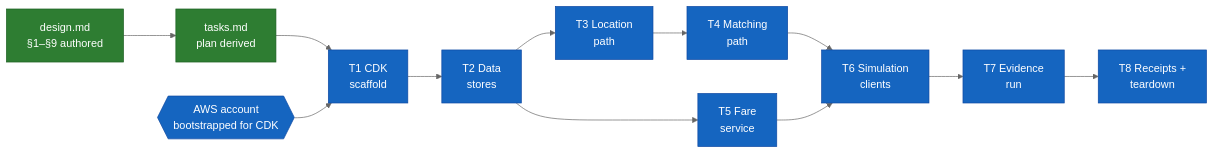
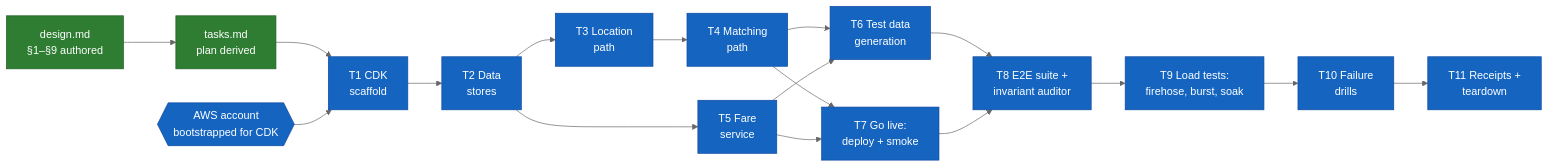
The diagram in uber-like-rides/ledger.md (quannh0308/SystemDesignDeepDives), drawn with Mermaid (neutral theme) before and after one commit. The commit also changed other lines of this file and 1 other file, not shown here.

Commit message:
Restructure tasks for testability: data gen, go-live, e2e, load tests
Plan grows 8 to 11 groups: reproducible test-data generation (seeded
city/fleet/demand fixtures), an explicit go-live gate (deploy + smoke +
observability), an automated e2e suite whose every spec ends with a
consistency-invariant audit, load tests with measured targets (location
firehose ramp, hotspot burst vs the 60s budget, 30-min soak), and
failure drills that prove the design's failure-analysis claims. Header
maps each NFR to its verifying test task.

````diff
--- a/uber-like-rides/ledger.md
+++ b/uber-like-rides/ledger.md
@@ -8,30 +8,37 @@
 ```mermaid
 flowchart LR
     DESIGN[design.md<br/>§1–§9 authored]
     PLAN[tasks.md<br/>plan derived]
     T1[T1 CDK<br/>scaffold]
     T2[T2 Data<br/>stores]
     T3[T3 Location<br/>path]
     T4[T4 Matching<br/>path]
     T5[T5 Fare<br/>service]
-    T6[T6 Simulation<br/>clients]
-    T7[T7 Evidence<br/>run]
-    T8[T8 Receipts +<br/>teardown]
+    T6[T6 Test data<br/>generation]
+    T7[T7 Go live:<br/>deploy + smoke]
+    T8[T8 E2E suite +<br/>invariant auditor]
+    T9[T9 Load tests:<br/>firehose, burst, soak]
+    T10[T10 Failure<br/>drills]
+    T11[T11 Receipts +<br/>teardown]
     AWS{{AWS account<br/>bootstrapped for CDK}}
 
     DESIGN --> PLAN --> T1
     AWS --> T1
     T1 --> T2
     T2 --> T3
     T2 --> T5
     T3 --> T4
     T4 --> T6
     T5 --> T6
-    T6 --> T7 --> T8
+    T4 --> T7
+    T5 --> T7
+    T6 --> T8
+    T7 --> T8
+    T8 --> T9 --> T10 --> T11
 
     classDef done fill:#2e7d32,color:#fff,stroke:#1b5e20
     classDef active fill:#ff8f00,color:#fff,stroke:#e65100
     classDef pending fill:#1565c0,color:#fff,stroke:#0d47a1
     class DESIGN,PLAN done
-    class T1,T2,T3,T4,T5,T6,T7,T8,AWS pending
+    class T1,T2,T3,T4,T5,T6,T7,T8,T9,T10,T11,AWS pending
 ```
````
